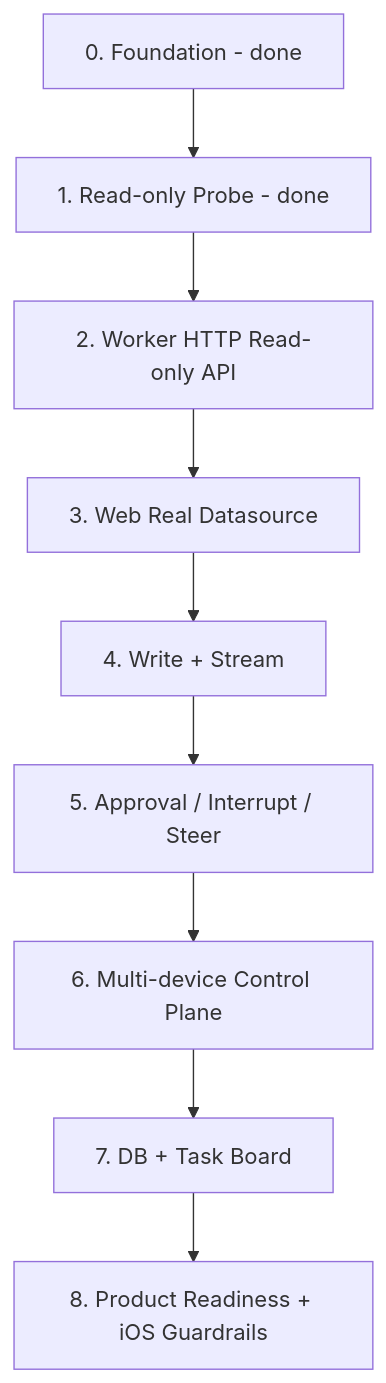
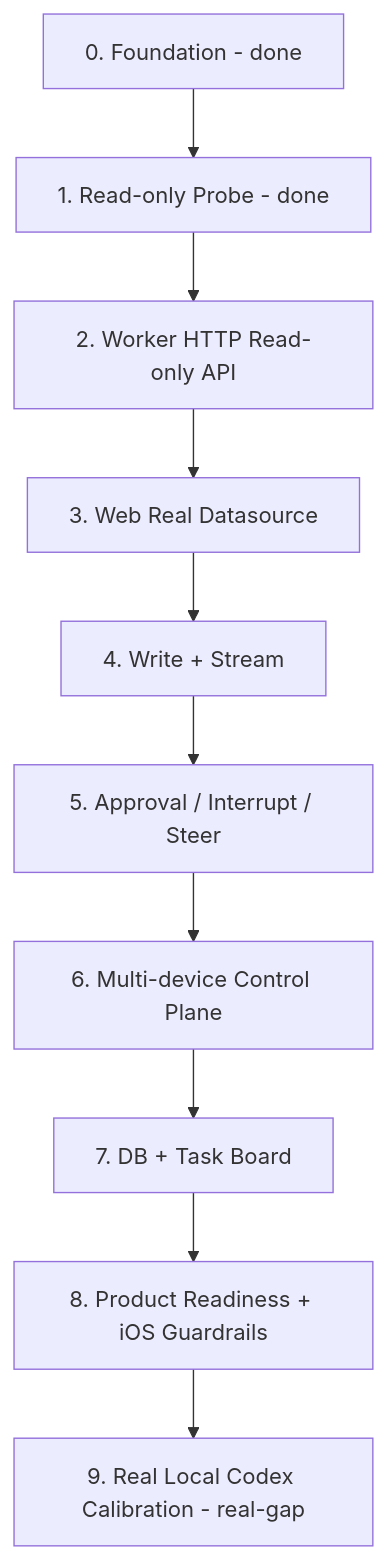
The second of 3 diagrams in PLAN.md (VintLin/codex-remote), drawn with Mermaid before and after one commit. The commit also changed other lines of this file and 3 other files, not shown here.

Commit message:
docs: reconcile real local calibration status

````diff
--- a/PLAN.md
+++ b/PLAN.md
@@ -59,14 +60,15 @@
 ```mermaid
 flowchart TB
   P0["0. Foundation - done"]
   P1["1. Read-only Probe - done"]
   P2["2. Worker HTTP Read-only API"]
   P3["3. Web Real Datasource"]
   P4["4. Write + Stream"]
   P5["5. Approval / Interrupt / Steer"]
   P6["6. Multi-device Control Plane"]
   P7["7. DB + Task Board"]
   P8["8. Product Readiness + iOS Guardrails"]
+  P9["9. Real Local Codex Calibration - real-gap"]
 
-  P0 --> P1 --> P2 --> P3 --> P4 --> P5 --> P6 --> P7 --> P8
+  P0 --> P1 --> P2 --> P3 --> P4 --> P5 --> P6 --> P7 --> P8 --> P9
 ```
````
